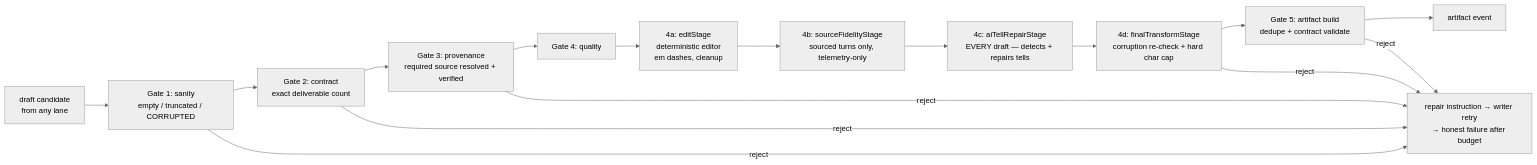
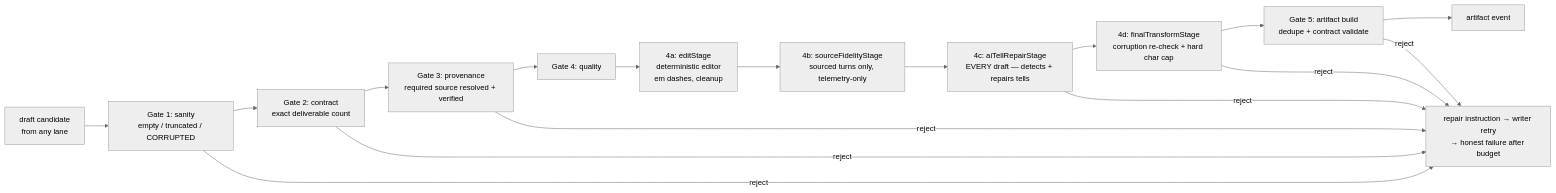
One commit to danielnogueira8/LinkedInViralPostsSwipeFile changed the third of 3 diagrams in docs/agents/pipeline.md. Above: the diagram before and after it, drawn with Mermaid (neutral theme). The commit also changed other lines of this file and 15 other files, not shown here.

````diff
--- a/docs/agents/pipeline.md
+++ b/docs/agents/pipeline.md
@@ -125,14 +125,14 @@
 ```mermaid
 flowchart LR
     C[draft candidate<br/>from any lane] --> G1[Gate 1: sanity<br/>empty / truncated / CORRUPTED]
     G1 --> G2[Gate 2: contract<br/>exact deliverable count]
     G2 --> G3[Gate 3: provenance<br/>required source resolved + verified]
     G3 --> G4[Gate 4: quality]
     G4 --> G4a[4a: editStage<br/>deterministic editor<br/>em dashes, cleanup]
     G4a --> G4b[4b: sourceFidelityStage<br/>sourced turns only, telemetry-only]
     G4b --> G4c[4c: aiTellRepairStage<br/>EVERY draft — detects + repairs tells]
     G4c --> G4d[4d: finalTransformStage<br/>corruption re-check + hard char cap]
     G4d --> G5[Gate 5: artifact build<br/>dedupe + contract validate]
     G5 --> OK[artifact event]
-    G1 & G2 & G3 & G4d & G5 -->|reject| RJ[repair instruction → writer retry<br/>→ honest failure after budget]
+    G1 & G2 & G3 & G4c & G4d & G5 -->|reject| RJ[repair instruction → writer retry<br/>→ honest failure after budget]
 ```
````
